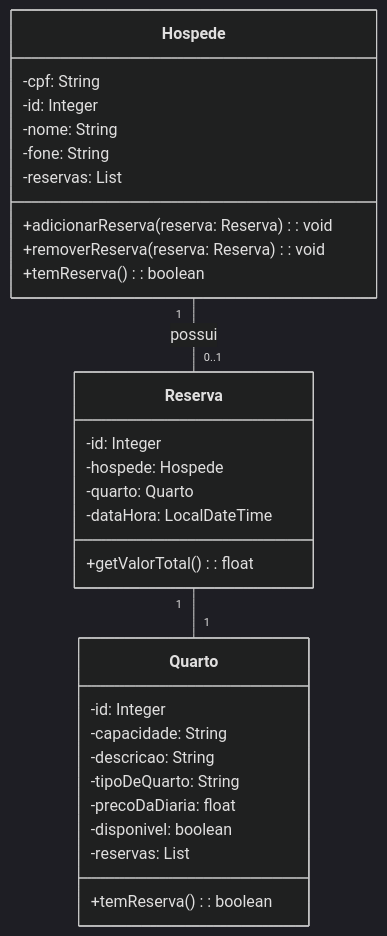
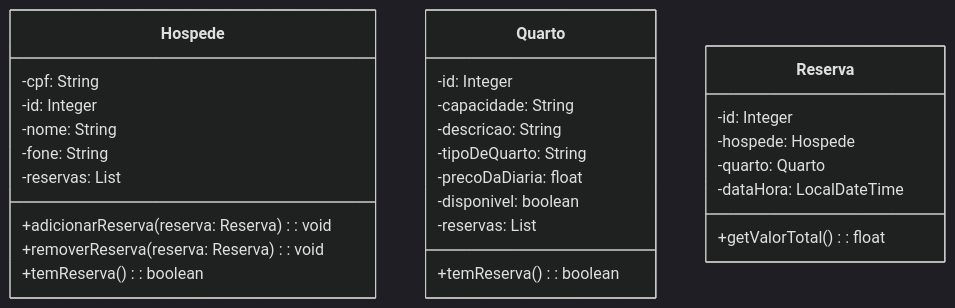
One commit to VictorCR18/GerenciamentoDeHotelv2 changed the diagram in README.md. Above: the diagram before and after it, drawn with Mermaid (dark theme).

````diff
--- a/README.md
+++ b/README.md
@@ -15,39 +15,36 @@
 ```mermaid
 classDiagram
 
   class Hospede {
     -cpf: String
     -id: Integer
     -nome: String
     -fone: String
     -reservas: List<Reserva>
 
     +adicionarReserva(reserva: Reserva): void
     +removerReserva(reserva: Reserva): void
     +temReserva(): boolean
   }
 
   class Quarto {
     -id: Integer
     -capacidade: String
     -descricao: String
     -tipoDeQuarto: String
     -precoDaDiaria: float
     -disponivel: boolean
     -reservas: List<Reserva>
 
     +temReserva(): boolean
   }
 
   class Reserva {
     -id: Integer
     -hospede: Hospede
     -quarto: Quarto
     -dataHora: LocalDateTime
 
     +getValorTotal(): float
   }
-
-  Hospede "1" -- "0..1" Reserva : possui
-  Reserva "1" -- "1" Quarto
 ```
````
